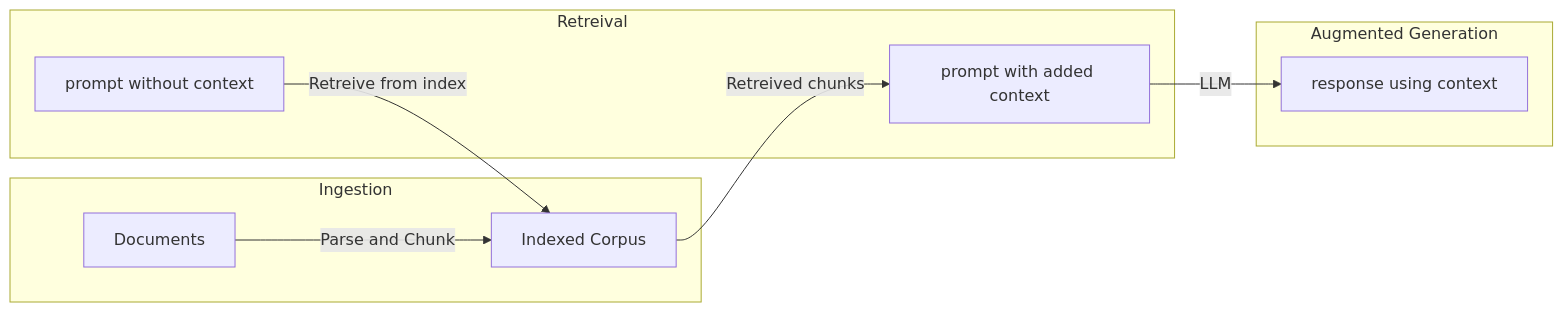
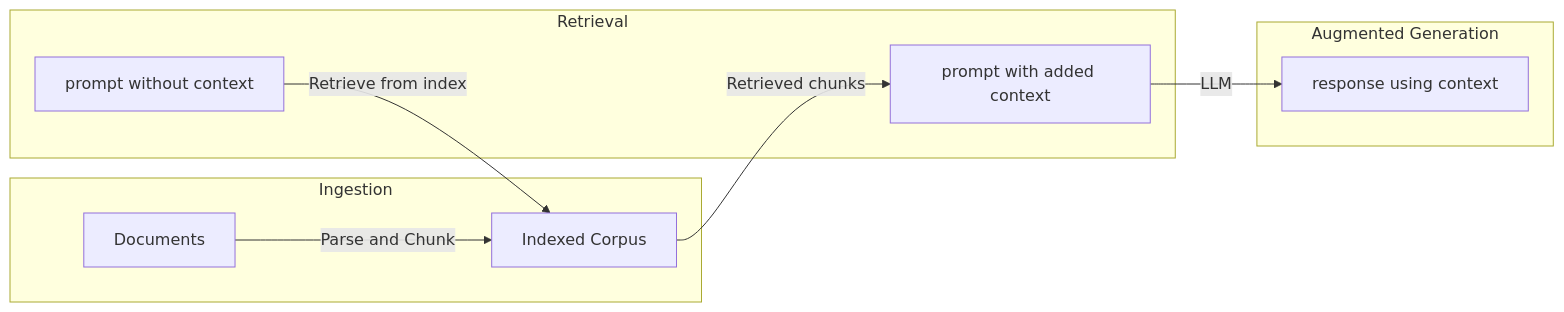
Before and after one commit to NYU-RTS/rag-forc-2025: the diagram in presentation/slides.md, drawn with Mermaid. The commit also changed other lines of this file and 4 other files, not shown here.

````diff
--- a/presentation/slides.md
+++ b/presentation/slides.md
@@ -92,18 +108,18 @@
 ```mermaid
 flowchart LR;
     A["Documents"]
     B["Indexed Corpus"]
     C["prompt without context"]
     D["prompt with added context"]
     E["response using context"]
     subgraph Ingestion
     A-- "Parse and Chunk" -->B;
     end
-    subgraph Retreival
-    C-- "Retreive from index" -->B;
-    B-- "Retreived chunks" -->D;
+    subgraph Retrieval
+    C-- "Retrieve from index" -->B;
+    B-- "Retrieved chunks" -->D;
     end
     subgraph Augmented Generation
     D-- "LLM" -->E;
     end
 ```
````
